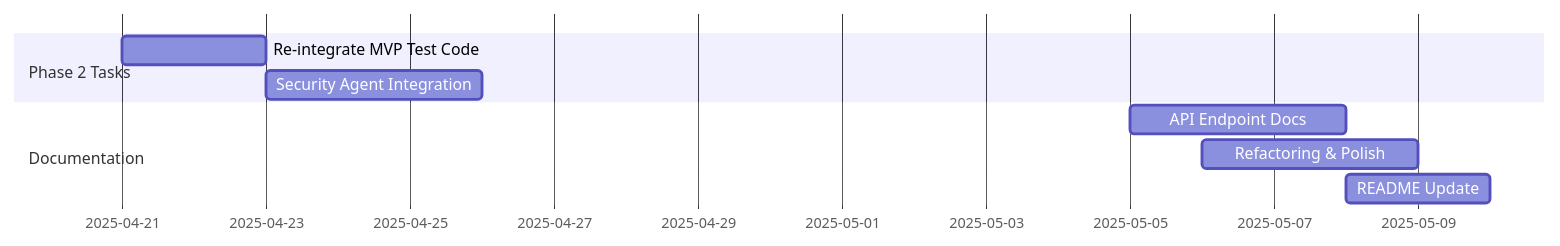
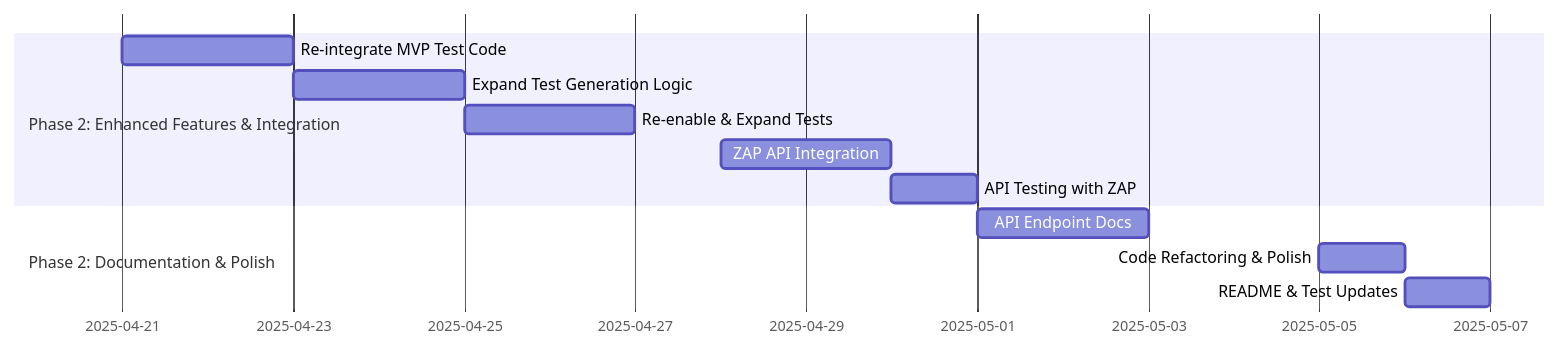
One commit to tomwolfe/metamorphic-core changed the diagram in ROADMAP.md. Above: the diagram before and after it, drawn with Mermaid. The commit also changed other lines of this file, not shown here.

````diff
--- a/ROADMAP.md
+++ b/ROADMAP.md
@@ -83,11 +51,14 @@
 ```mermaid
 gantt
-    section Phase 2 Tasks
+    section Phase 2: Enhanced Features & Integration
     Re-integrate MVP Test Code :2025-04-21, 2d
-    Security Agent Integration :2025-04-23, 3d
+    Expand Test Generation Logic :2025-04-23, 2d
+    Re-enable & Expand Tests :2025-04-25, 2d
+    ZAP API Integration :2025-04-28, 2d
+    API Testing with ZAP :2025-04-30, 1d
 
-    section Documentation
-    API Endpoint Docs          :2025-05-05, 3d
-    Refactoring & Polish       :2025-05-06, 3d
-    README Update              :2025-05-08, 2d
+    section Phase 2: Documentation & Polish
+    API Endpoint Docs :2025-05-01, 2d
+    Code Refactoring & Polish :2025-05-05, 1d
+    README & Test Updates :2025-05-06, 1d
 ```
````
